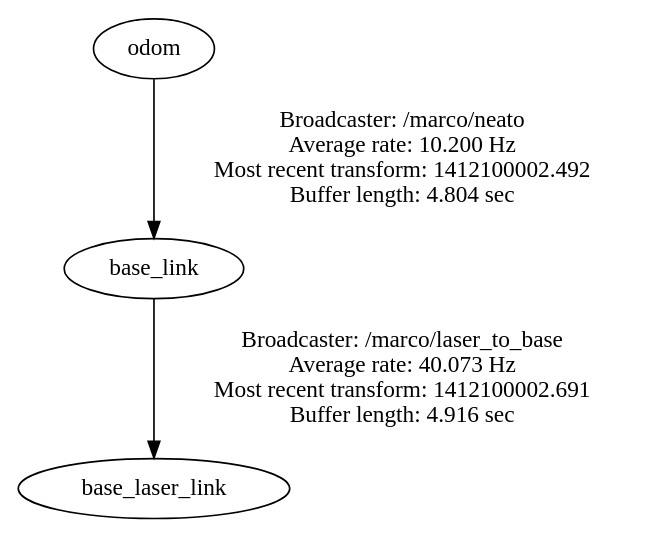
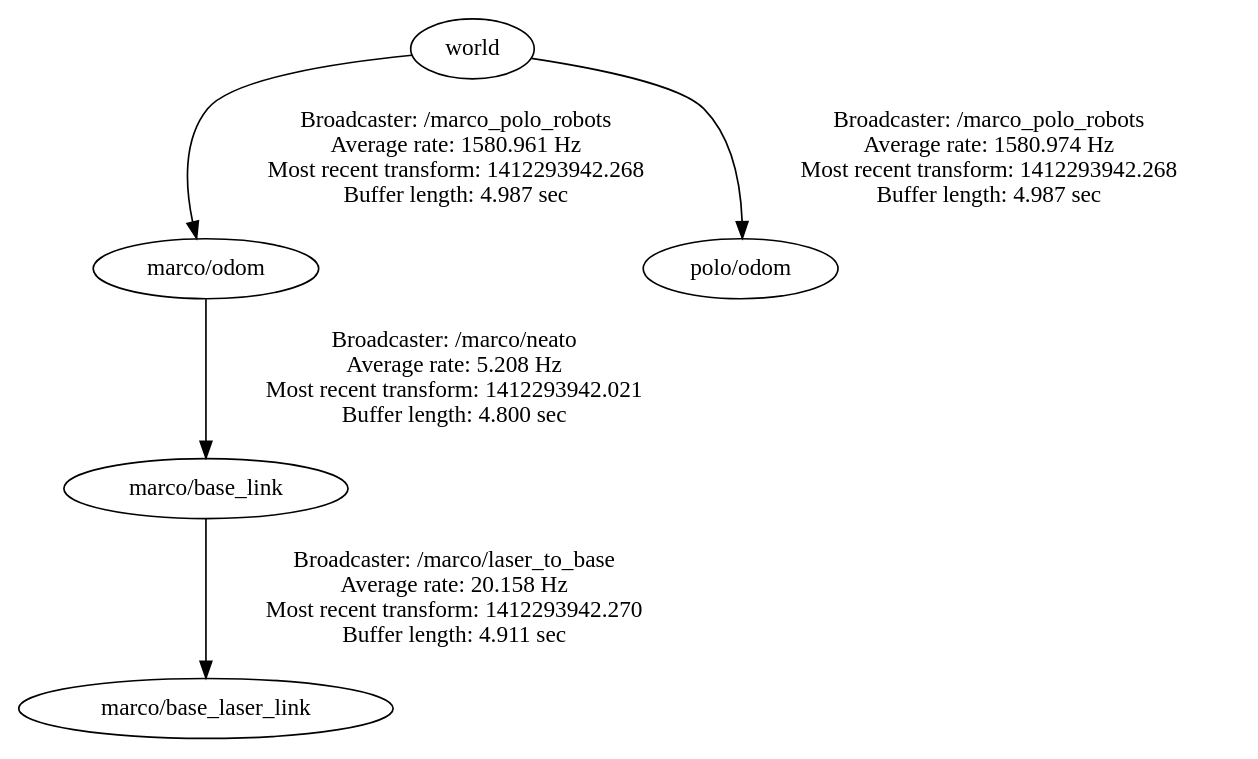
The diagram in mobile_robotics/scripts/frames.gv (aloverso/MobileRobotics), drawn with Graphviz before and after one commit. The commit also changed 3 other files, not shown here.

Commit message:
add world frame and start marco polo game structure

```diff
--- a/mobile_robotics/scripts/frames.gv
+++ b/mobile_robotics/scripts/frames.gv
@@ -1,4 +1,6 @@
 digraph G {
-"base_link" -> "base_laser_link"[label="Broadcaster: /marco/laser_to_base\nAverage rate: 40.073 Hz\nMost recent transform: 1412100002.691 \nBuffer length: 4.916 sec\n"];
-"odom" -> "base_link"[label="Broadcaster: /marco/neato\nAverage rate: 10.200 Hz\nMost recent transform: 1412100002.492 \nBuffer length: 4.804 sec\n"];
+"world" -> "marco/odom"[label="Broadcaster: /marco_polo_robots\nAverage rate: 1580.961 Hz\nMost recent transform: 1412293942.268 \nBuffer length: 4.987 sec\n"];
+"world" -> "polo/odom"[label="Broadcaster: /marco_polo_robots\nAverage rate: 1580.974 Hz\nMost recent transform: 1412293942.268 \nBuffer length: 4.987 sec\n"];
+"marco/odom" -> "marco/base_link"[label="Broadcaster: /marco/neato\nAverage rate: 5.208 Hz\nMost recent transform: 1412293942.021 \nBuffer length: 4.800 sec\n"];
+"marco/base_link" -> "marco/base_laser_link"[label="Broadcaster: /marco/laser_to_base\nAverage rate: 20.158 Hz\nMost recent transform: 1412293942.270 \nBuffer length: 4.911 sec\n"];
 }
```
